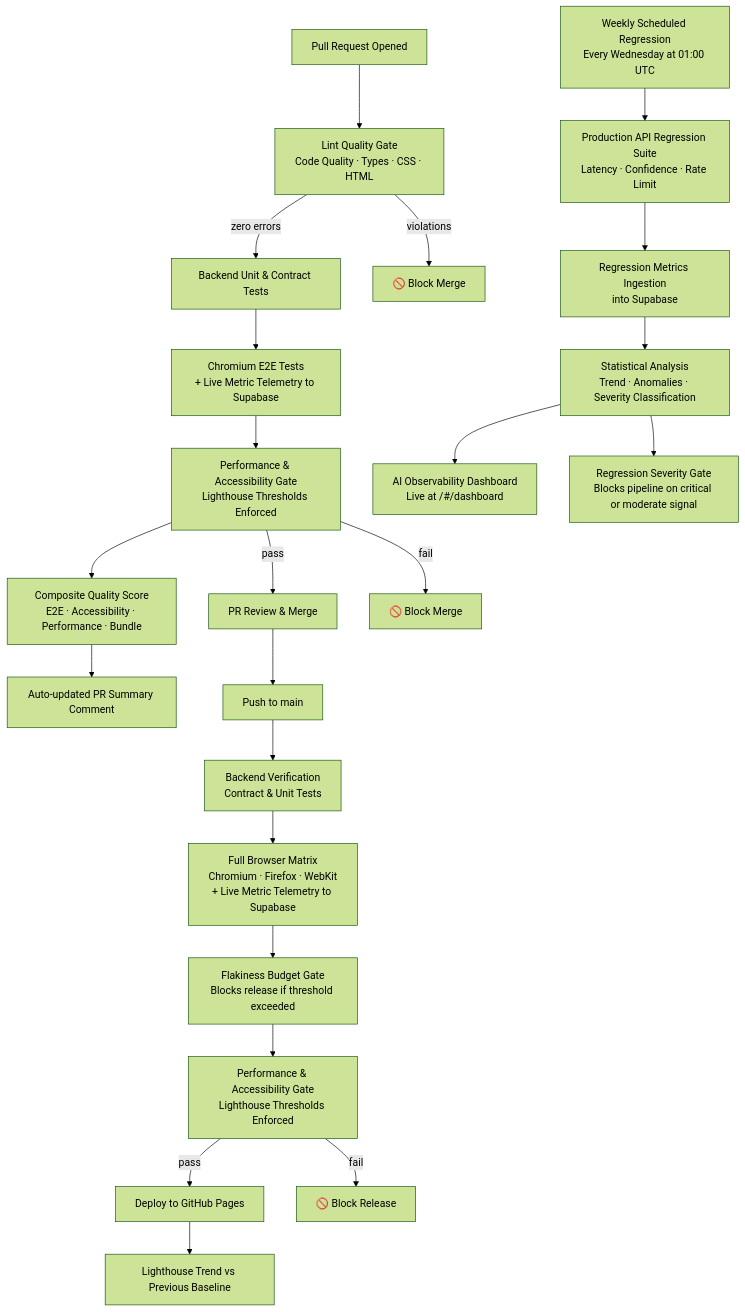
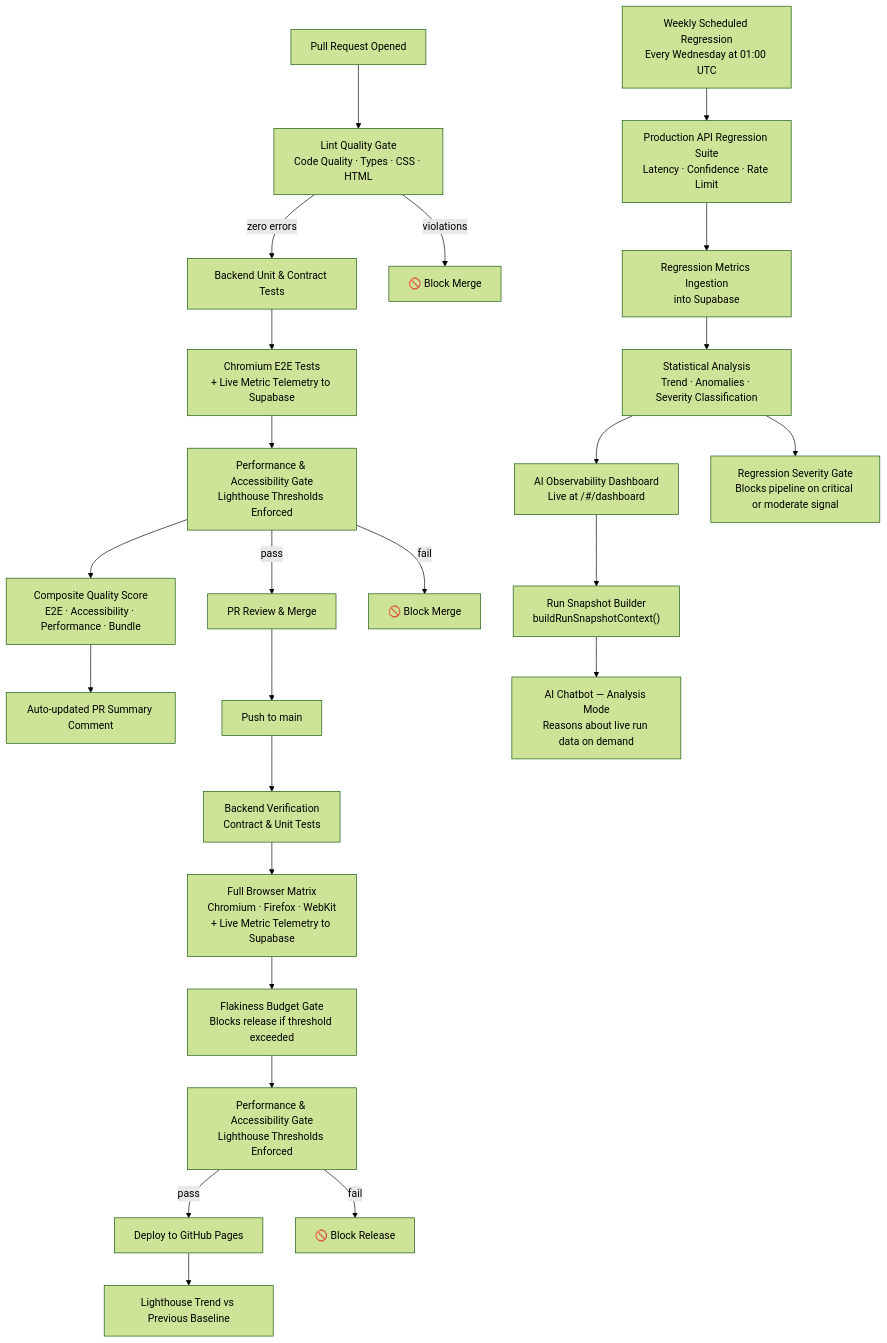
One commit to David101111101/PortfolioReactAppRepo changed the second of 2 diagrams in docs/ci-cd-strategy.md. Above: the diagram before and after it, drawn with Mermaid (forest theme). The commit also changed other lines of this file and 15 other files, not shown here.

````diff
--- a/docs/ci-cd-strategy.md
+++ b/docs/ci-cd-strategy.md
@@ -238,30 +253,32 @@
 ```mermaid
 flowchart TD
   PR["Pull Request Opened"] --> LintGate["Lint Quality Gate\nCode Quality · Types · CSS · HTML"]
   LintGate -->|"zero errors"| PRBackend["Backend Unit & Contract Tests"]
   LintGate -->|"violations"| BlockLint["🚫 Block Merge"]
 
   PRBackend --> PRE2E["Chromium E2E Tests\n+ Live Metric Telemetry to Supabase"]
   PRE2E --> PRLH["Performance & Accessibility Gate\nLighthouse Thresholds Enforced"]
   PRLH --> QScore["Composite Quality Score\nE2E · Accessibility · Performance · Bundle"]
   QScore --> PRComment["Auto-updated PR Summary Comment"]
 
   PRLH -->|"pass"| Merge["PR Review & Merge"]
   PRLH -->|"fail"| StopPR["🚫 Block Merge"]
 
   Merge --> Main["Push to main"]
   Main --> DepBackend["Backend Verification\nContract & Unit Tests"]
   DepBackend --> DepE2E["Full Browser Matrix\nChromium · Firefox · WebKit\n+ Live Metric Telemetry to Supabase"]
   DepE2E --> FlakyBudget["Flakiness Budget Gate\nBlocks release if threshold exceeded"]
   FlakyBudget --> DepLH["Performance & Accessibility Gate\nLighthouse Thresholds Enforced"]
   DepLH -->|"pass"| Pages["Deploy to GitHub Pages"]
   DepLH -->|"fail"| StopDeploy["🚫 Block Release"]
   Pages --> LHTrend["Lighthouse Trend vs Previous Baseline"]
 
   WeeklyTrigger["Weekly Scheduled Regression\nEvery Wednesday at 01:00 UTC"]
   WeeklyTrigger --> BackendWeekly["Production API Regression Suite\nLatency · Confidence · Rate Limit"]
   BackendWeekly --> MetricsUpload["Regression Metrics Ingestion\ninto Supabase"]
   MetricsUpload --> DBAnalysis["Statistical Analysis\nTrend · Anomalies · Severity Classification"]
   DBAnalysis --> Dashboard["AI Observability Dashboard\nLive at /#/dashboard"]
   DBAnalysis --> RegressionGate["Regression Severity Gate\nBlocks pipeline on critical or moderate signal"]
+  Dashboard --> RunSnapshot["Run Snapshot Builder\nbuildRunSnapshotContext()"]
+  RunSnapshot --> ChatbotAnalysis["AI Chatbot — Analysis Mode\nReasons about live run data on demand"]
 ```
````
